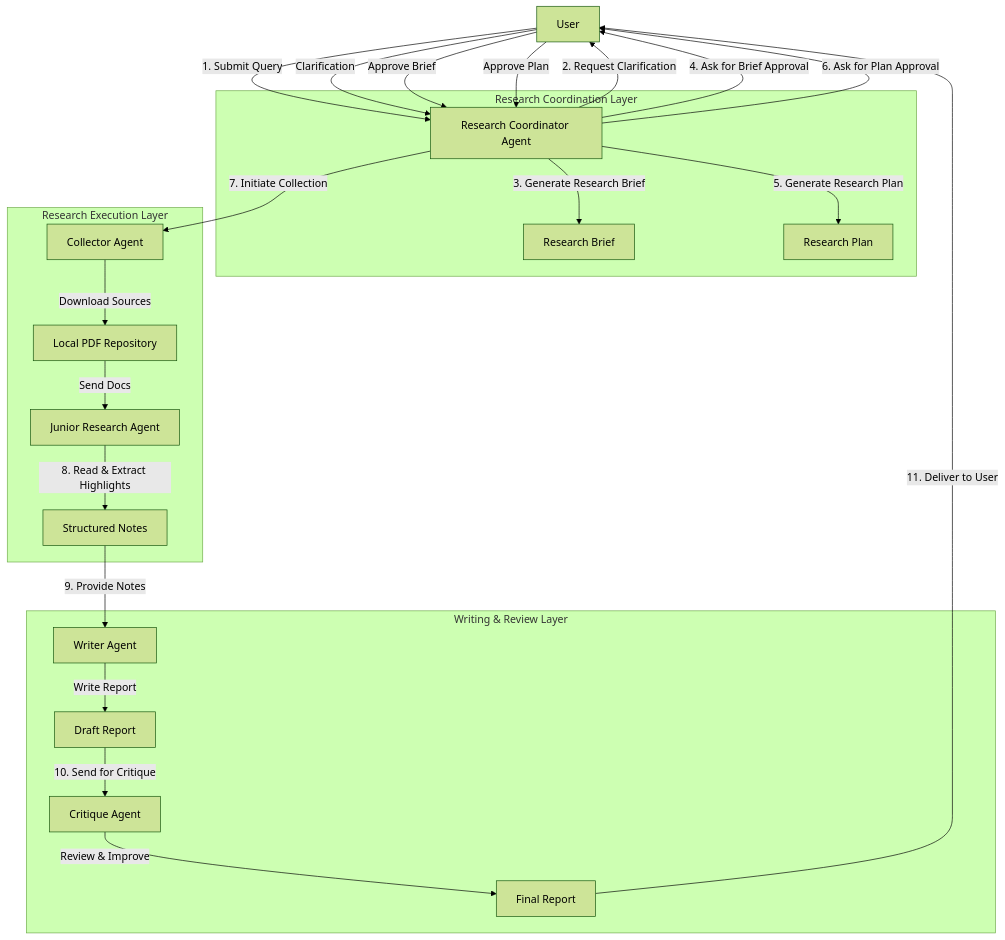
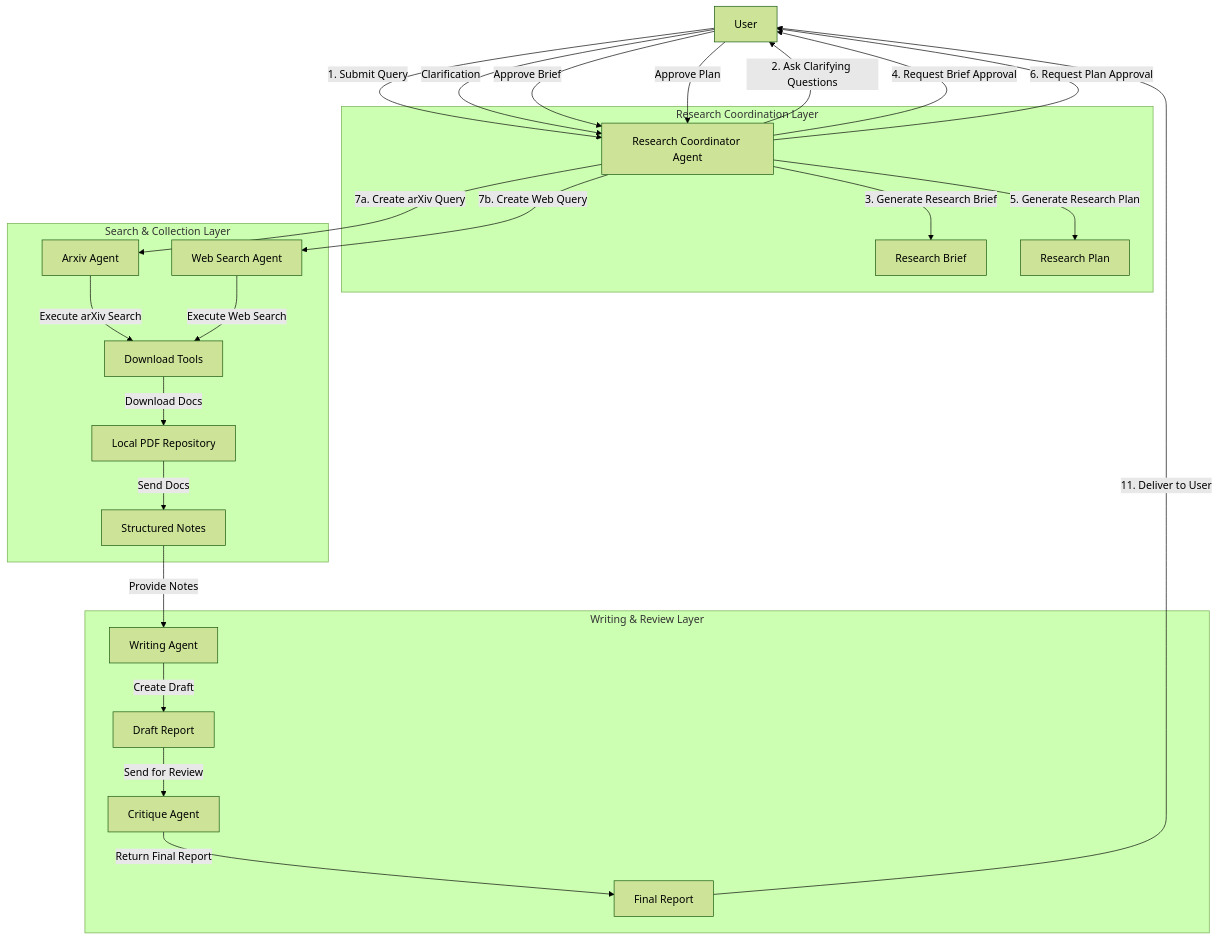
Before and after one commit to Railtrack-Agent-auto-research-tool/Auto-Research-Agent-: the first of 2 diagrams in README.md, drawn with Mermaid (forest theme). The commit also changed other lines of this file, not shown here.

````diff
--- a/README.md
+++ b/README.md
@@ -25,60 +51,59 @@
 ```mermaid
 flowchart TD
 
     %% User
     U[User]
 
-    %% === Research Coordination Layer ===
+    %% === Coordination Layer ===
     subgraph Coordination["Research Coordination Layer"]
         RC[Research Coordinator Agent]
         RB[Research Brief]
         RP[Research Plan]
     end
 
-    %% === Research Execution Layer ===
-    subgraph Execution["Research Execution Layer"]
-        CS[Collector Agent]
-        JRA[Junior Research Agent]
+    %% === Search and Collection Layer ===
+    subgraph SearchLayer["Search & Collection Layer"]
+        AA[Arxiv Agent]
+        WA[Web Search Agent]
+        DL[Download Tools]
+        PDF[Local PDF Repository]
         Notes[Structured Notes]
-        PDF[Local PDF Repository]
     end
 
     %% === Writing & Review Layer ===
     subgraph WritingReview["Writing & Review Layer"]
-        WA[Writer Agent]
+        WR[Writing Agent]
         Draft[Draft Report]
-        CA[Critique Agent]
+        CR[Critique Agent]
         FinalReport[Final Report]
     end
 
-
     %% === User Flow ===
     U -->|1. Submit Query| RC
-    RC -->|2. Request Clarification| U
+    RC -->|2. Ask Clarifying Questions| U
     U -->|Clarification| RC
 
     RC -->|3. Generate Research Brief| RB
-    RC -->|4. Ask for Brief Approval| U
+    RC -->|4. Request Brief Approval| U
     U -->|Approve Brief| RC
 
     RC -->|5. Generate Research Plan| RP
-    RC -->|6. Ask for Plan Approval| U
+    RC -->|6. Request Plan Approval| U
     U -->|Approve Plan| RC
 
+    %% === Search & Collection ===
+    RC -->|7a. Create arXiv Query| AA
+    RC -->|7b. Create Web Query| WA
+    AA -->|Execute arXiv Search| DL
+    WA -->|Execute Web Search| DL
+    DL -->|Download Docs| PDF
+    PDF -->|Send Docs| Notes
 
-    %% === Research Execution Flow ===
-    RC -->|7. Initiate Collection| CS
-    CS -->|Download Sources| PDF
-    PDF -->|Send Docs| JRA
+    %% === Notes to Writing ===
+    Notes -->|Provide Notes| WR
+    WR -->|Create Draft| Draft
+    Draft -->|Send for Review| CR
+    CR -->|Return Final Report| FinalReport
 
-    JRA -->|8. Read & Extract Highlights| Notes
-
-    %% === Writing Flow ===
-    Notes -->|9. Provide Notes| WA
-    WA -->|Write Report| Draft
-    Draft -->|10. Send for Critique| CA
-    CA -->|Review & Improve| FinalReport
-
-    %% === Final Output ===
     FinalReport -->|11. Deliver to User| U
 ```
````
